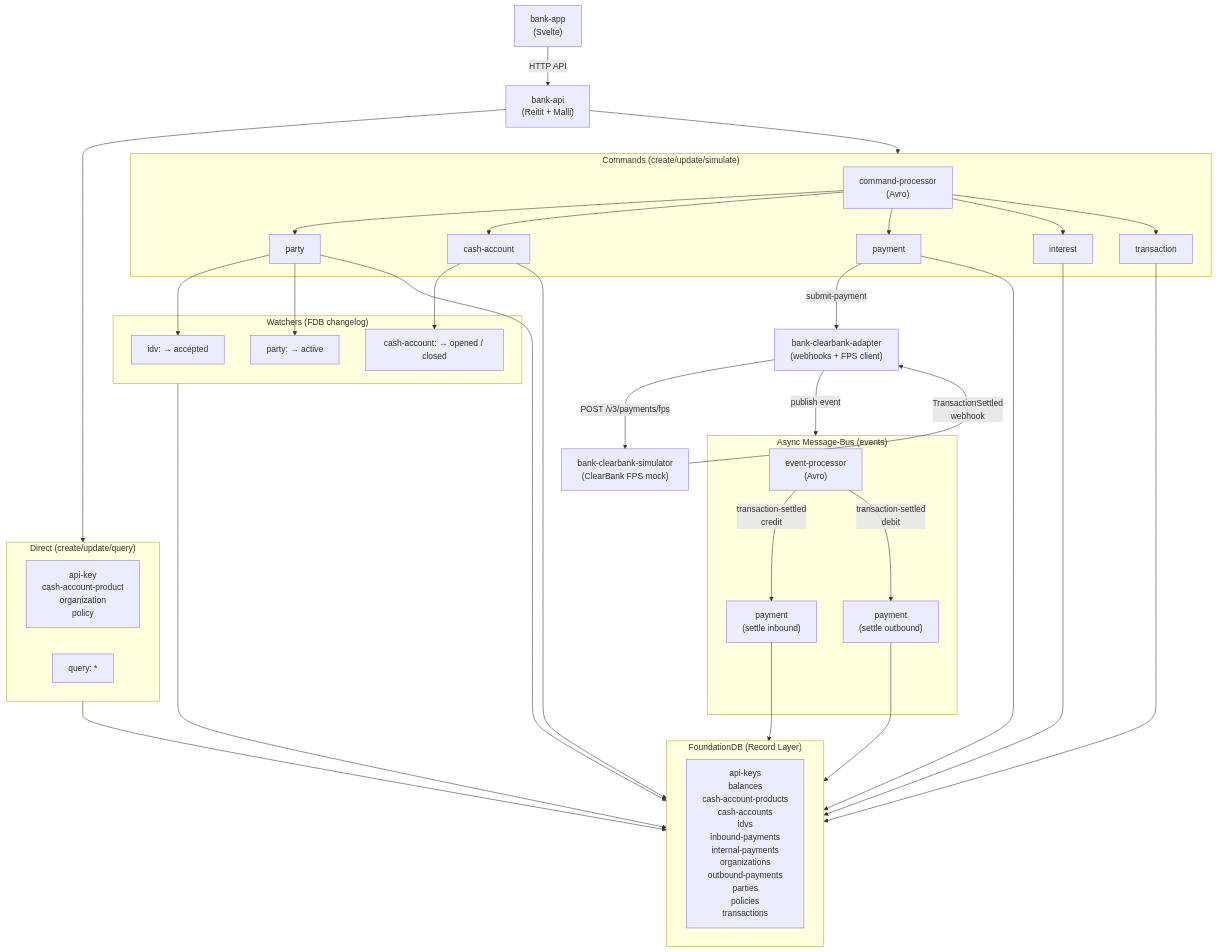
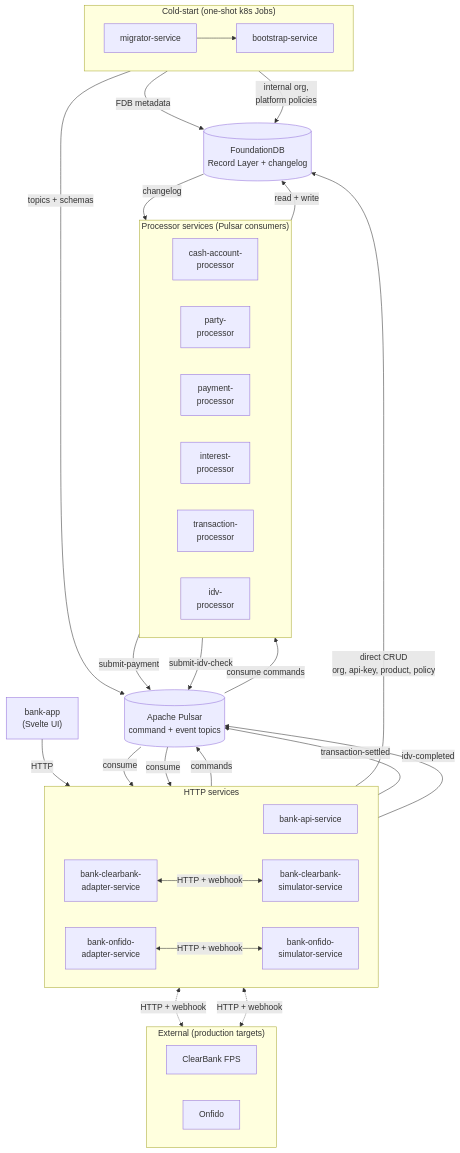
The diagram in readme.md (kjothen/queenswood), drawn with Mermaid before and after one commit. The commit also changed other lines of this file and 215 other files, not shown here.

````diff
--- a/readme.md
+++ b/readme.md
@@ -65,60 +72,64 @@
 ```mermaid
-graph TD
-    APP["bank-app<br/>(Svelte)"]
-    API["bank-api<br/>(Reitit + Malli)"]
-    SIM["bank-clearbank-simulator<br/>(ClearBank FPS mock)"]
-    ADAPTER["bank-clearbank-adapter<br/>(webhooks + FPS client)"]
-    APP -->|HTTP API| API
+graph TB
+    APP["bank-app<br/>(Svelte UI)"]
 
-    subgraph sync ["Direct (create/update/query)"]
-        SYNC_CU["api-key<br/>cash-account-product<br/>organization<br/>policy"]
-        SYNC_Q["query: *"]
+    subgraph http ["HTTP services"]
+        direction LR
+        API[bank-api-service]
+        CBA[bank-clearbank-<br/>adapter-service]
+        CBS[bank-clearbank-<br/>simulator-service]
+        OFA[bank-onfido-<br/>adapter-service]
+        OFS[bank-onfido-<br/>simulator-service]
     end
 
-    subgraph async ["Commands (create/update/simulate)"]
-        CP["command-processor<br/>(Avro)"]
-        CP --> PARTY[party]
-        CP --> CASH[cash-account]
-        CP --> PAY[payment]
-        CP --> INT[interest]
-        CP --> TXN[transaction]
+    PULSAR[("Apache Pulsar<br/>command + event topics")]
+
+    subgraph processors ["Processor services (Pulsar consumers)"]
+        direction LR
+        PCA[cash-account-<br/>processor]
+        PPT[party-<br/>processor]
+        PPY[payment-<br/>processor]
+        PIN[interest-<br/>processor]
+        PTX[transaction-<br/>processor]
+        PID[idv-<br/>processor]
     end
 
-    subgraph events ["Async Message-Bus (events)"]
-        EP["event-processor<br/>(Avro)"]
-        EP -->|transaction-settled<br/>credit| PAY_IN["payment<br/>(settle inbound)"]
-        EP -->|transaction-settled<br/>debit| PAY_OUT["payment<br/>(settle outbound)"]
+    FDB[("FoundationDB<br/>Record Layer + changelog")]
+
+    subgraph oneshots ["Cold-start (one-shot k8s Jobs)"]
+        direction LR
+        MIG[migrator-service]
+        BS[bootstrap-service]
     end
 
-    API --> sync
-    API --> async
-
-    PAY -->|submit-payment| ADAPTER
-    ADAPTER -->|POST /v3/payments/fps| SIM
-    SIM -->|TransactionSettled<br/>webhook| ADAPTER
-    ADAPTER -->|publish event| events
-
-    subgraph watchers ["Watchers (FDB changelog)"]
-        W1["idv: → accepted"]
-        W2["party: → active"]
-        W3["cash-account: → opened / closed"]
+    subgraph external ["External (production targets)"]
+        direction LR
+        CB[ClearBank FPS]
+        OF[Onfido]
     end
 
-    PARTY --> W1
-    PARTY --> W2
-    CASH --> W3
+    APP -->|HTTP| API
+    API -->|commands| PULSAR
+    API -->|direct CRUD<br/>org, api-key, product, policy| FDB
 
-    subgraph fdb ["FoundationDB (Record Layer)"]
-        STORES["api-keys<br/>balances<br/>cash-account-products<br/>cash-accounts<br/>idvs<br/>inbound-payments<br/>internal-payments<br/>organizations<br/>outbound-payments<br/>parties<br/>policies<br/>transactions"]
-    end
+    PULSAR -->|consume commands| processors
+    processors -->|read + write| FDB
+    FDB -->|changelog| processors
 
-    sync --> fdb
-    watchers --> fdb
-    PARTY --> fdb
-    CASH --> fdb
-    PAY --> fdb
-    PAY_IN --> fdb
-    PAY_OUT --> fdb
-    INT --> fdb
-    TXN --> fdb
+    PPY -->|submit-payment| PULSAR
+    PULSAR -->|consume| CBA
+    CBA <-->|HTTP + webhook| CBS
+    CBA <-.->|HTTP + webhook| CB
+    CBA -->|transaction-settled| PULSAR
+
+    PID -->|submit-idv-check| PULSAR
+    PULSAR -->|consume| OFA
+    OFA <-->|HTTP + webhook| OFS
+    OFA <-.->|HTTP + webhook| OF
+    OFA -->|idv-completed| PULSAR
+
+    MIG -->|FDB metadata| FDB
+    MIG -->|topics + schemas| PULSAR
+    MIG --> BS
+    BS -->|internal org,<br/>platform policies| FDB
 ```
````
